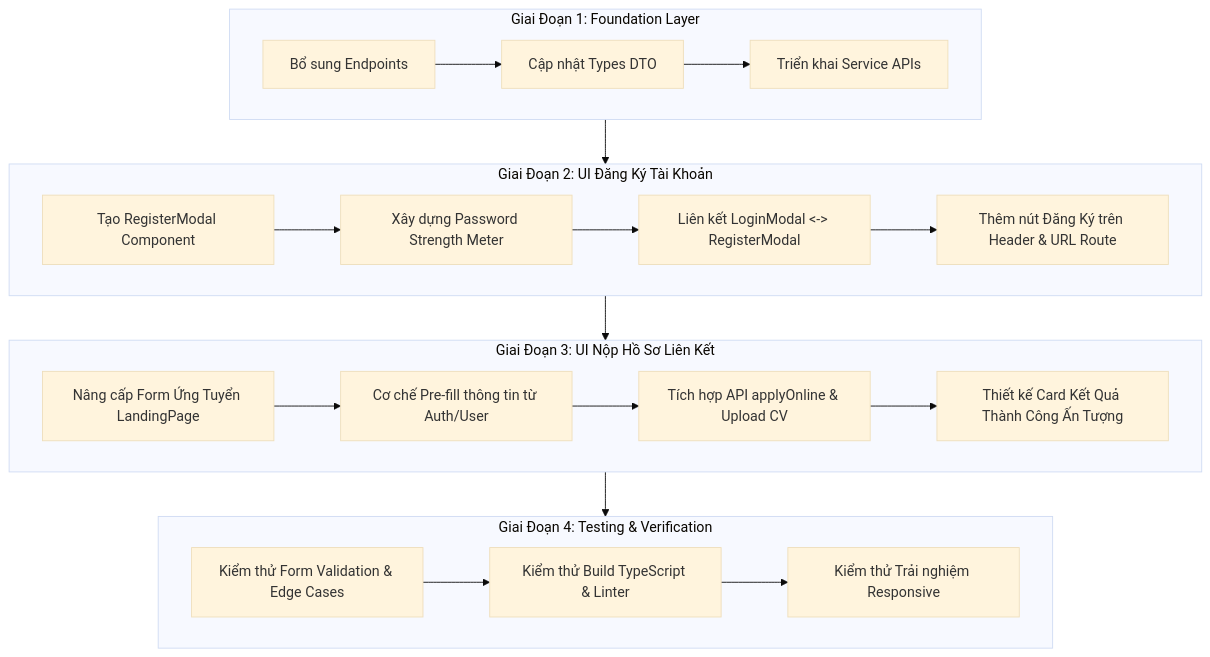
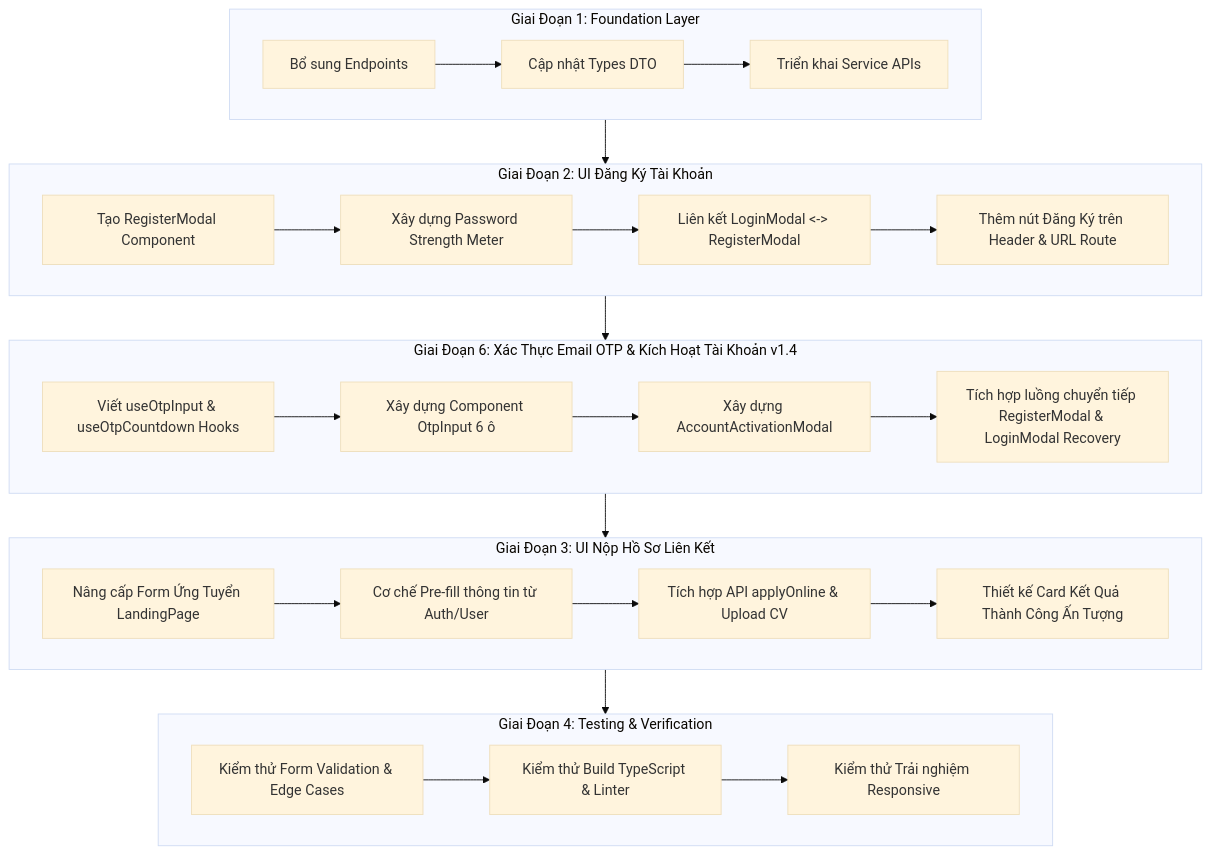
One commit to BuiThanh315/InternHub-Frontend changed the diagram in docs/specs/TM-10-register-account-and-apply-online-spec.md. Above: the diagram before and after it, drawn with Mermaid (base theme). The commit also changed other lines of this file and 21 other files, not shown here.

First line of the commit message:
update register email confirm

````diff
--- a/docs/specs/TM-10-register-account-and-apply-online-spec.md
+++ b/docs/specs/TM-10-register-account-and-apply-online-spec.md
@@ -252,28 +342,35 @@
 ```mermaid
 flowchart TD
     subgraph G1 [Giai Đoạn 1: Foundation Layer]
         A1[Bổ sung Endpoints] --> A2[Cập nhật Types DTO]
         A2 --> A3[Triển khai Service APIs]
     end
 
     subgraph G2 [Giai Đoạn 2: UI Đăng Ký Tài Khoản]
         B1[Tạo RegisterModal Component] --> B2[Xây dựng Password Strength Meter]
         B2 --> B3[Liên kết LoginModal <-> RegisterModal]
         B3 --> B4[Thêm nút Đăng Ký trên Header & URL Route]
     end
 
     subgraph G3 [Giai Đoạn 3: UI Nộp Hồ Sơ Liên Kết]
         C1[Nâng cấp Form Ứng Tuyển LandingPage] --> C2[Cơ chế Pre-fill thông tin từ Auth/User]
         C2 --> C3[Tích hợp API applyOnline & Upload CV]
         C3 --> C4[Thiết kế Card Kết Quả Thành Công Ấn Tượng]
     end
 
     subgraph G4 [Giai Đoạn 4: Testing & Verification]
         D1[Kiểm thử Form Validation & Edge Cases] --> D2[Kiểm thử Build TypeScript & Linter]
         D2 --> D3[Kiểm thử Trải nghiệm Responsive]
     end
 
+    subgraph G6 [Giai Đoạn 6: Xác Thực Email OTP & Kích Hoạt Tài Khoản v1.4]
+        F1[Viết useOtpInput & useOtpCountdown Hooks] --> F2[Xây dựng Component OtpInput 6 ô]
+        F2 --> F3[Xây dựng AccountActivationModal]
+        F3 --> F4[Tích hợp luồng chuyển tiếp RegisterModal & LoginModal Recovery]
+    end
+
     G1 --> G2
-    G2 --> G3
+    G2 --> G6
+    G6 --> G3
     G3 --> G4
 ```
````
